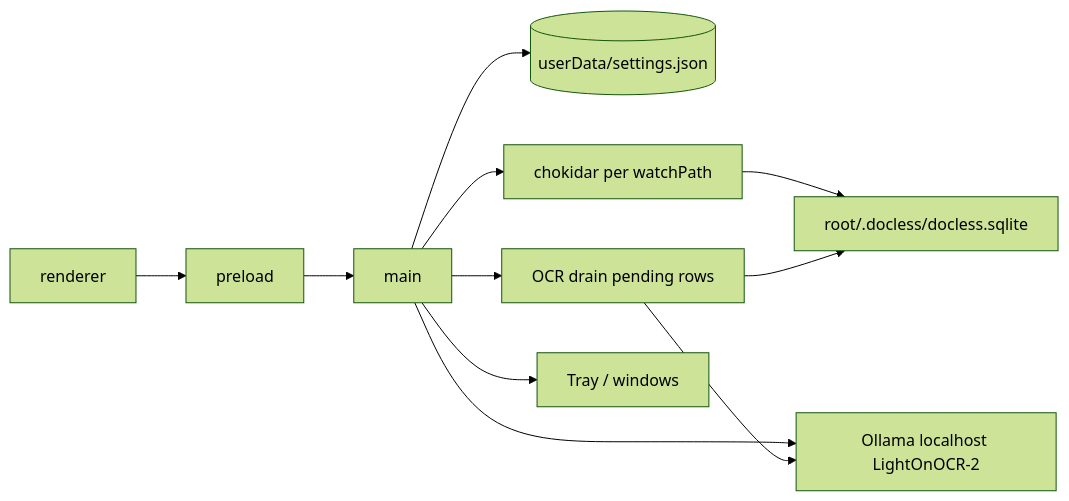
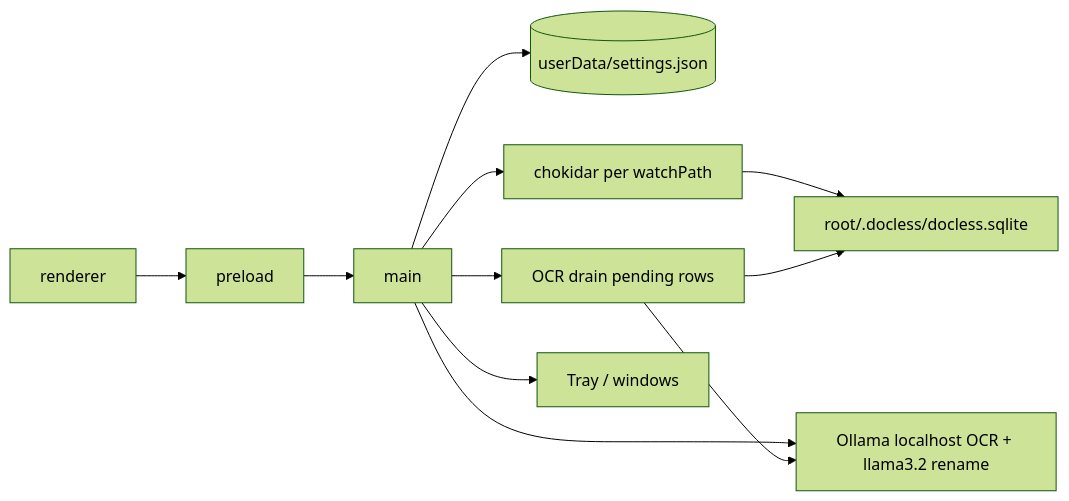
Before and after one commit to TheGoatedDev/Docless: the diagram in docs/architecture.md, drawn with Mermaid (forest theme). The commit also changed other lines of this file and 17 other files, not shown here.

First line of the commit message:
feat: auto-rename files after OCR with llama3.2:1b

````diff
--- a/docs/architecture.md
+++ b/docs/architecture.md
@@ -23,12 +23,12 @@
 ```mermaid
 flowchart LR
   renderer --> preload --> main
   main --> settings[(userData/settings.json)]
   main --> watch[chokidar per watchPath]
   watch --> docless["root/.docless/docless.sqlite"]
-  main --> ollama[Ollama localhost LightOnOCR-2]
+    main --> ollama[Ollama localhost OCR + llama3.2 rename]
   main --> ocr[OCR drain pending rows]
   ocr --> ollama
   ocr --> docless
   main --> tray[Tray / windows]
 ```
````
